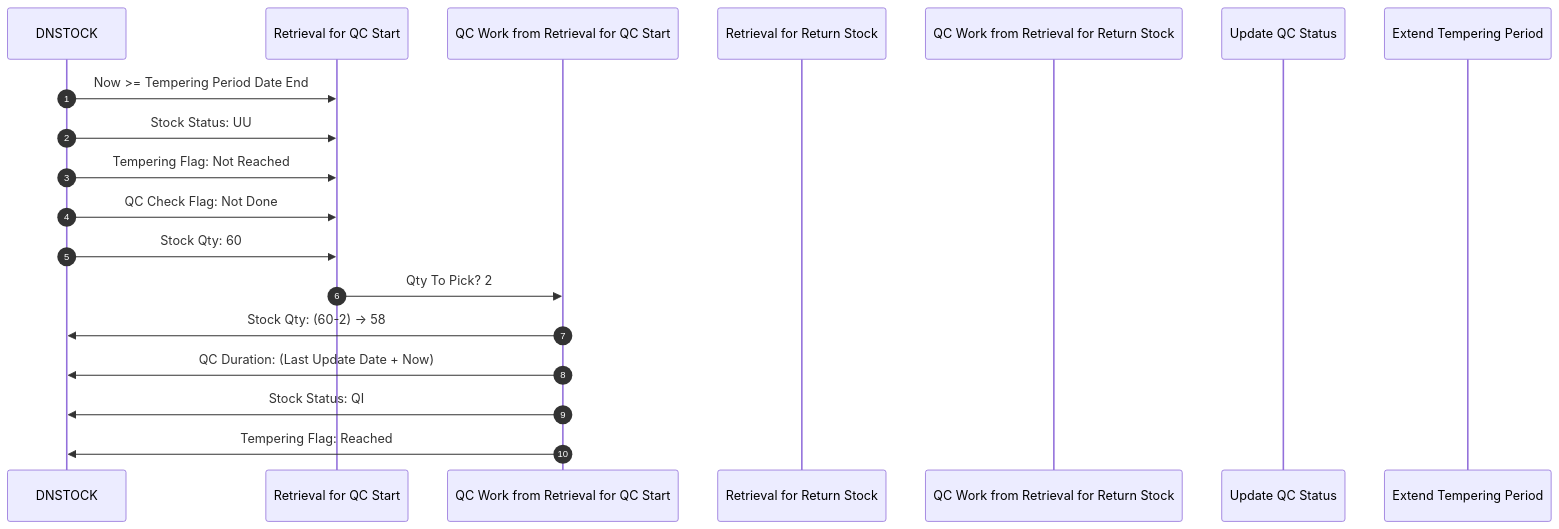
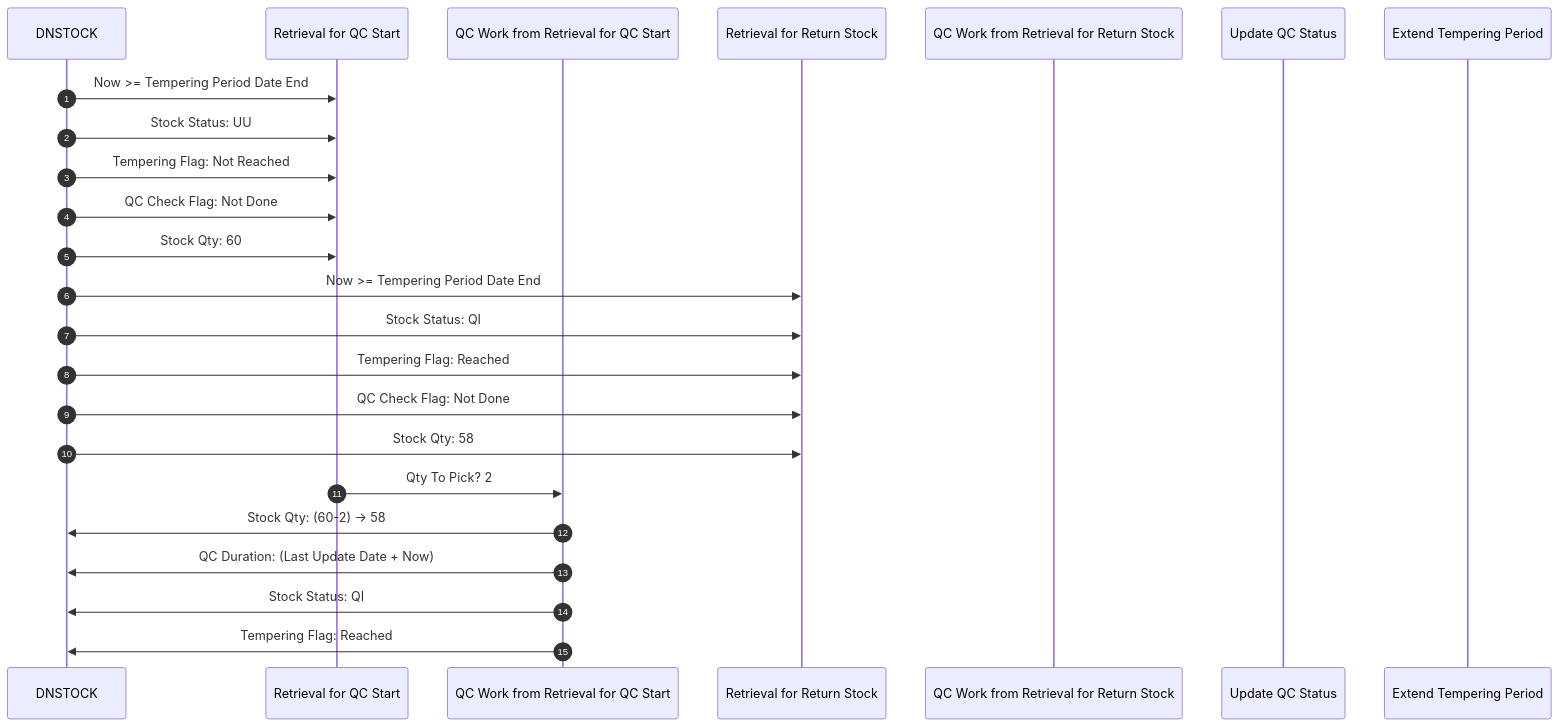
The diagram in Basic-Design/DFD-WMS/Retrieval/QC-Setting.md (luthfiadityaa/SimeDarby-Wiki), drawn with Mermaid before and after one commit.

Commit message:
Updated QC Setting

```diff
--- a/Basic-Design/DFD-WMS/Retrieval/QC-Setting.md
+++ b/Basic-Design/DFD-WMS/Retrieval/QC-Setting.md
@@ -11,28 +11,34 @@
 ::: mermaid
 sequenceDiagram
     autonumber
 
     participant DNSTOCK
     participant Retrieval for QC Start
     participant QC Work from Retrieval for QC Start
     participant Retrieval for Return Stock
     participant QC Work from Retrieval for Return Stock
     participant Update QC Status
     participant Extend Tempering Period
 
     %% --- 1. DNSTOCK ---
     DNSTOCK ->> Retrieval for QC Start: Now >= Tempering Period Date End
     DNSTOCK ->> Retrieval for QC Start: Stock Status: UU  
     DNSTOCK ->> Retrieval for QC Start: Tempering Flag: Not Reached 
     DNSTOCK ->> Retrieval for QC Start: QC Check Flag: Not Done
     DNSTOCK ->> Retrieval for QC Start: Stock Qty: 60
 
+    DNSTOCK ->> Retrieval for Return Stock: Now >= Tempering Period Date End
+    DNSTOCK ->> Retrieval for Return Stock: Stock Status: QI  
+    DNSTOCK ->> Retrieval for Return Stock: Tempering Flag: Reached 
+    DNSTOCK ->> Retrieval for Return Stock: QC Check Flag: Not Done
+    DNSTOCK ->> Retrieval for Return Stock: Stock Qty: 58
+
     %% --- 2. Retrieval for QC Start ---
     Retrieval for QC Start ->> QC Work from Retrieval for QC Start: Qty To Pick?  2
 
     %% --- 3. QC Work from Retrieval for QC Start ---
     QC Work from Retrieval for QC Start ->> DNSTOCK: Stock Qty: (60-2) → 58
     QC Work from Retrieval for QC Start ->> DNSTOCK: QC Duration: (Last Update Date + Now)
     QC Work from Retrieval for QC Start ->> DNSTOCK: Stock Status: QI
     QC Work from Retrieval for QC Start ->> DNSTOCK: Tempering Flag: Reached
 :::
```
